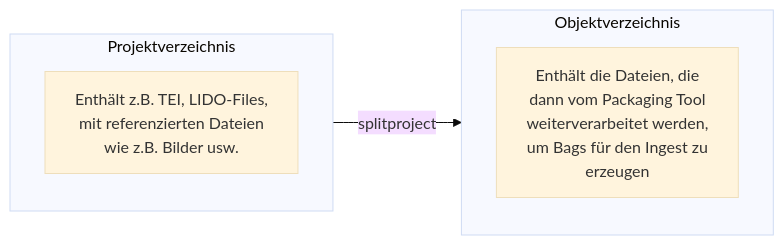
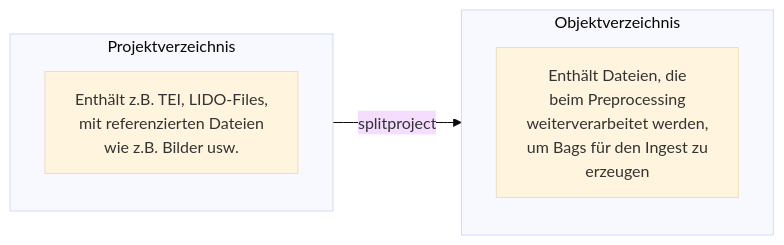
One commit to DHGraz/gamspreprocessor changed the first of 2 diagrams in README.md. Above: the diagram before and after it, drawn with Mermaid (base theme). The commit also changed other lines of this file and 4 other files, not shown here.

````diff
--- a/README.md
+++ b/README.md
@@ -5,16 +10,16 @@
 ```mermaid
 graph LR
     subgraph A[Projektverzeichnis]
     AA[Enthält z.B. TEI, LIDO-Files,
     mit referenzierten Dateien
     wie z.B. Bilder usw.]
     end
     subgraph B[Objektverzeichnis]
-    BB[Enthält die Dateien, die
-    dann vom Packaging Tool
+    BB[Enthält Dateien, die
+    beim Preprocessing
     weiterverarbeitet werden,
     um Bags für den Ingest zu
     erzeugen]
     end
     A --> |splitproject| B[Objektverzeichnis]
 ```
````
